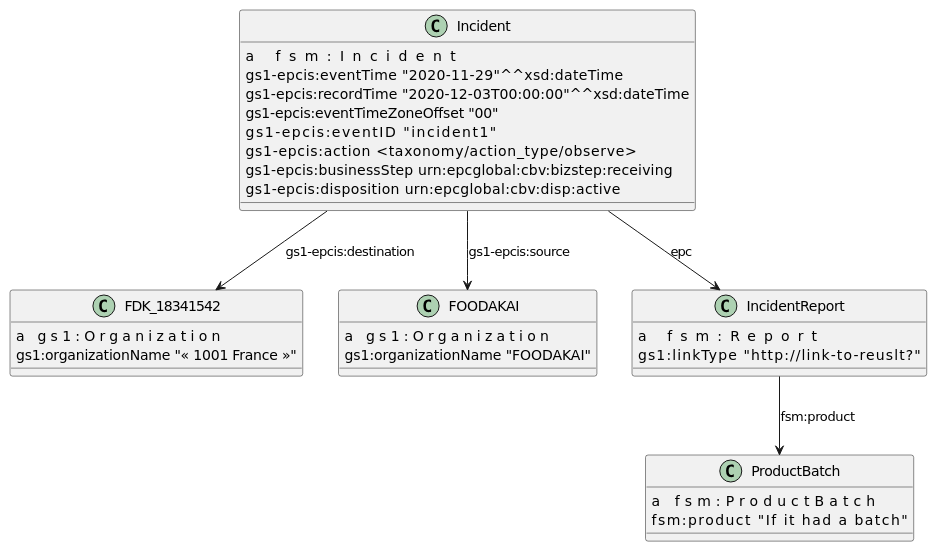
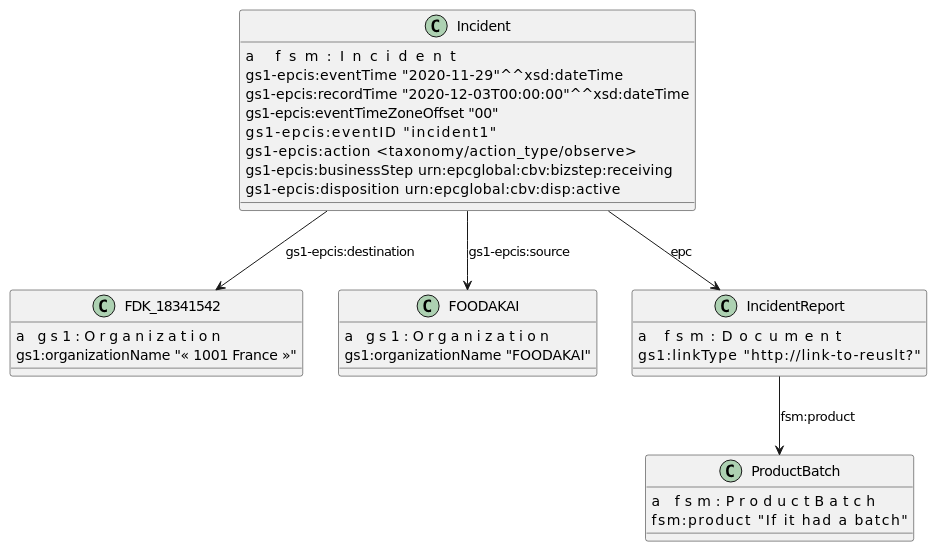
One commit to OriginTrail/epcis-erm changed the diagram in document-example.puml. Above: the diagram before and after it, drawn with PlantUML. The commit also changed 1 other file, not shown here.

Commit message:
fix document types and svg

```diff
--- a/document-example.puml
+++ b/document-example.puml
@@ -1,77 +1,39 @@
 @startuml
 class Incident {
     a                                 fsm:Incident
     gs1-epcis:eventTime               "2020-11-29"^^xsd:dateTime
     gs1-epcis:recordTime              "2020-12-03T00:00:00"^^xsd:dateTime
     gs1-epcis:eventTimeZoneOffset     "00"
     gs1-epcis:eventID                 "incident1"
     gs1-epcis:action                  <taxonomy/action_type/observe>
     gs1-epcis:businessStep            urn:epcglobal:cbv:bizstep:receiving
     gs1-epcis:disposition             urn:epcglobal:cbv:disp:active 
 }
 
 class FDK_18341542 {
     a                       gs1:Organization
     gs1:organizationName    "«  1001 France »"
 }
 
 
 class FOODAKAI {
     a                       gs1:Organization
     gs1:organizationName    "FOODAKAI"
 }
 
 class IncidentReport {
-    a                           fsm:Report
+    a                           fsm:Document
     gs1:linkType                "http://link-to-reuslt?" 
 }
 
 class ProductBatch {
     a                           fsm:ProductBatch
     fsm:product                 "If it had a batch"
 }
 
 Incident --> FDK_18341542 : gs1-epcis:destination
 Incident --> FOODAKAI : gs1-epcis:source
 Incident --> IncidentReport : epc
 IncidentReport --> ProductBatch : fsm:product
-' "id":"FDK_18341544",
-'                 "title":"Other hazard in ready to eat - cook meals by «  1001 France » from France",
-'                 "description":"Date : 29 NOVEMBRE 2020\r\nINFORMATION CONSOMMATEURS\r\nRAPPEL DE PRODUIT\r\nLa Société «  1001 FRANCE » procède aujourd’hui au retrait de la vente de sa \r\nrecette « Mon mijoté de courges butternut et bœuf »  suite à la mise en évidence de \r\npossibles morceaux de graines de courges dans le produit.\r\nIl s’agit des lots portant les caractéristiques suivantes : \r\nNature du Produit   :  Repas complet pour bébé\r\nMarque : HAPPYLAL BABY\r\nGENCOD : 3770007731081\r\nFORMAT   :   220 grammes\r\nDLC   :  15/03/2021 (LOT : MEL46V11) et 09/05/2021(LOT : MEL02B06)\r\nCode emballeur/Estampille Sanitaire   (ou numéro de lot) :  FR 29.174.020 CE\r\nL’ensemble des lots sont retirés de la commercialisation.\r\nCertains de ces produits ont cependant été commercialisés avant la mesure de \r\nretrait.\r\nIl est donc recommandé aux personnes qui détiendraient des produits appartenant aux \r\nlots  décrits  ci-dessus  de ne pas les  consommer et  de les  détruire  ou  de les \r\nrapporter au point de vente.  \r\nLa société « 1001 FRANCE » se tient à la disposition des consommateurs pour \r\nrépondre à leurs questions au numéro de téléphone : « 06 62 26 38 63 ».\r\nAfficher jusqu’au 29 décembre 2020",
-'                 "entityType":"incident",
-'                 "createdOn":"2020-11-29T00:00:00",
-'                 "updatedOn":"2020-11-30T14:05:06.916673",
-'                 "dataSource":"FOODAKAI",
-'                 "tags":[
-'                    "france",
-'                    "ready to eat - cook meals",
-'                    "other hazard",
-'                    "prepared dishes and snacks",
-'                    "europe"
-'                 ],
-'                 "published":true,
-'                 "privateData":0,
-'                 "linkedEntities":[
-'                    {
-'                       "id":"FDK_18341542",
-'                       "title":"«  1001 France »",
-'                       "description":"",
-'                       "entityType":"supplier",
-'                       "createdOn":"2020-11-30T14:05:06.916704",
-'                       "updatedOn":"2020-11-30T14:05:06.916707",
-'                       "dataSource":"FOODAKAI",
-'                       "tags":[
-                         
-'                       ],
-'                       "published":true,
-'                       "privateData":0,
-'                       "linkedEntities":[
-                         
-'                       ],
-'                       "internalId":null
-'                    }
-'                 ],
-'                 "internalId":"18341544"
-'              },
 
 @enduml
```
